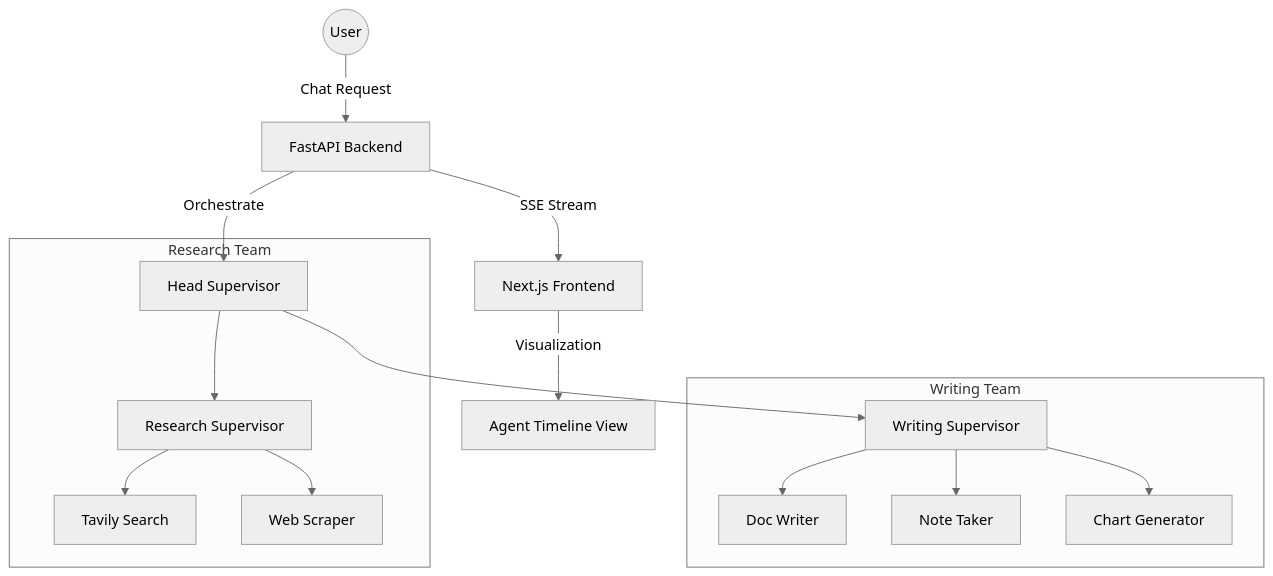
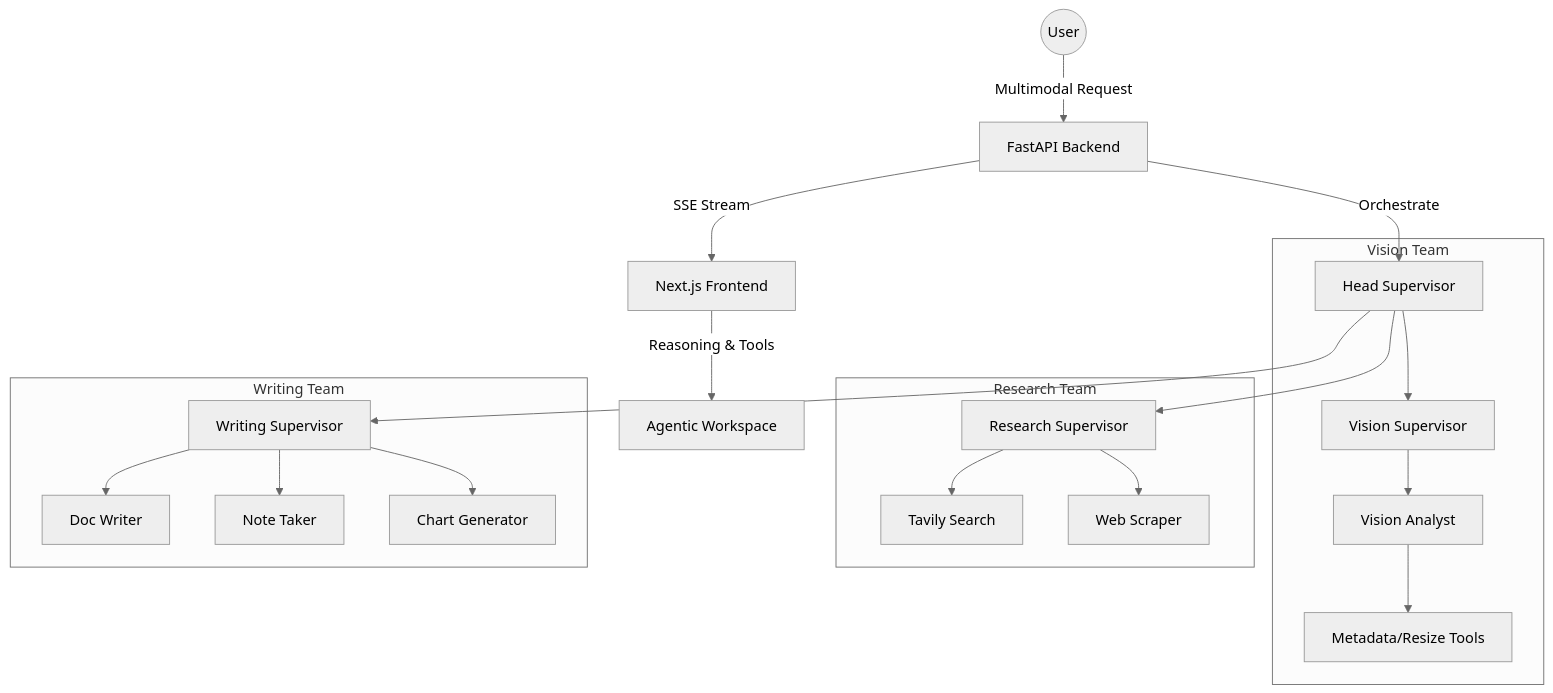
Before and after one commit to DONGRYEOLLEE1/orchagent: the diagram in README.md, drawn with Mermaid (neutral theme). The commit also changed other lines of this file and 2 other files, not shown here.

````diff
--- a/README.md
+++ b/README.md
@@ -25,21 +29,27 @@
 ```mermaid
 graph TD
-    User((User)) -->|Chat Request| API[FastAPI Backend]
+    User((User)) -->|Multimodal Request| API[FastAPI Backend]
     API -->|Orchestrate| Head[Head Supervisor]
     
+    subgraph Vision Team
+        Head --> VS[Vision Supervisor]
+        VS --> VAnalyst[Vision Analyst]
+        VAnalyst --> VTools[Metadata/Resize Tools]
+    end
+
     subgraph Research Team
         Head --> RS[Research Supervisor]
         RS --> Search[Tavily Search]
         RS --> Scraper[Web Scraper]
     end
     
     subgraph Writing Team
         Head --> WS[Writing Supervisor]
         WS --> Writer[Doc Writer]
         WS --> Noter[Note Taker]
         WS --> Chart[Chart Generator]
     end
     
     API -->|SSE Stream| UI[Next.js Frontend]
-    UI -->|Visualization| Timeline[Agent Timeline View]
+    UI -->|Reasoning & Tools| Dashboard[Agentic Workspace]
 ```
````
